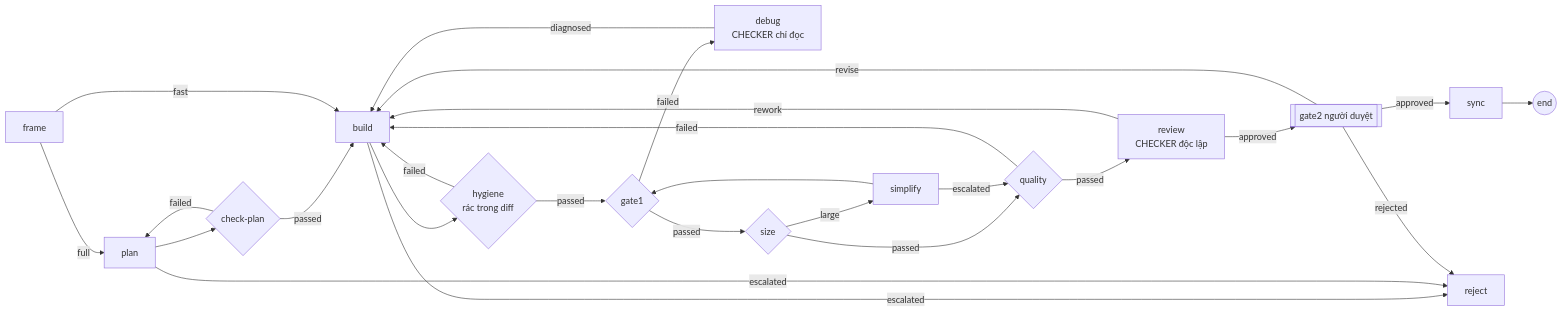
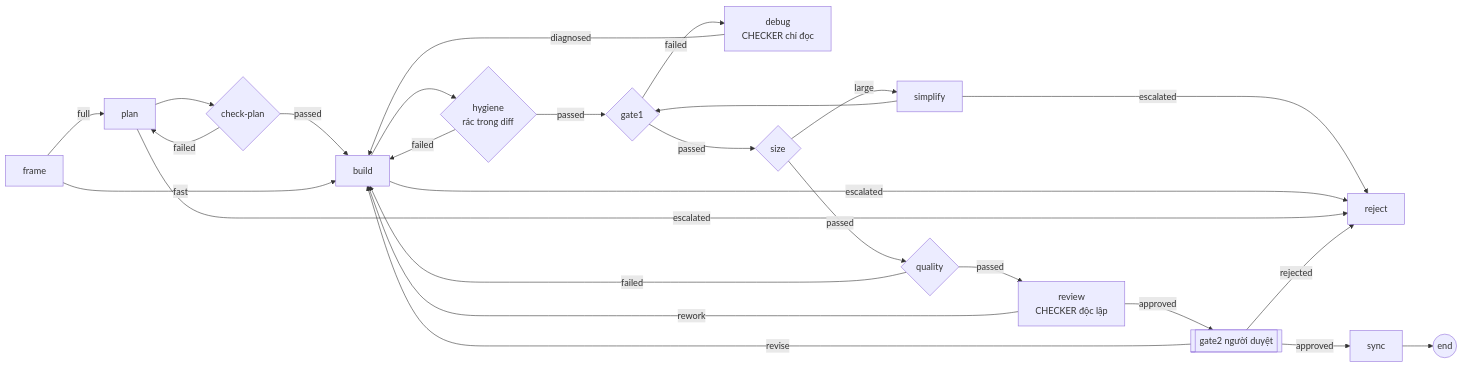
Before and after one commit to draculemihawk123-ai/aw-tqunglnh: the first of 2 diagrams in kit/README.md, drawn with Mermaid. The commit also changed other lines of this file and 15 other files, not shown here.

````diff
--- a/kit/README.md
+++ b/kit/README.md
@@ -100,25 +100,25 @@
 ```mermaid
 flowchart LR
   F[frame] -->|full| P[plan] --> CP{check-plan}
   CP -->|failed| P
   CP -->|passed| B[build]
   F -->|fast| B
   B --> H{hygiene<br/>rác trong diff}
   H -->|failed| B
   H -->|passed| G1{gate1}
   G1 -->|failed| D[debug<br/>CHECKER chỉ đọc]
   D -->|diagnosed| B
   G1 -->|passed| SZ{size}
   SZ -->|large| SM[simplify] --> G1
   SZ -->|passed| Q{quality}
-  SM -->|escalated| Q
+  SM -->|escalated| X
   Q -->|failed| B
   Q -->|passed| R[review<br/>CHECKER độc lập]
   R -->|rework| B
   R -->|approved| G2[[gate2 người duyệt]]
   G2 -->|revise| B
   G2 -->|approved| S[sync] --> E((end))
   B -->|escalated| X[reject]
   P -->|escalated| X
   G2 -->|rejected| X
 ```
````
